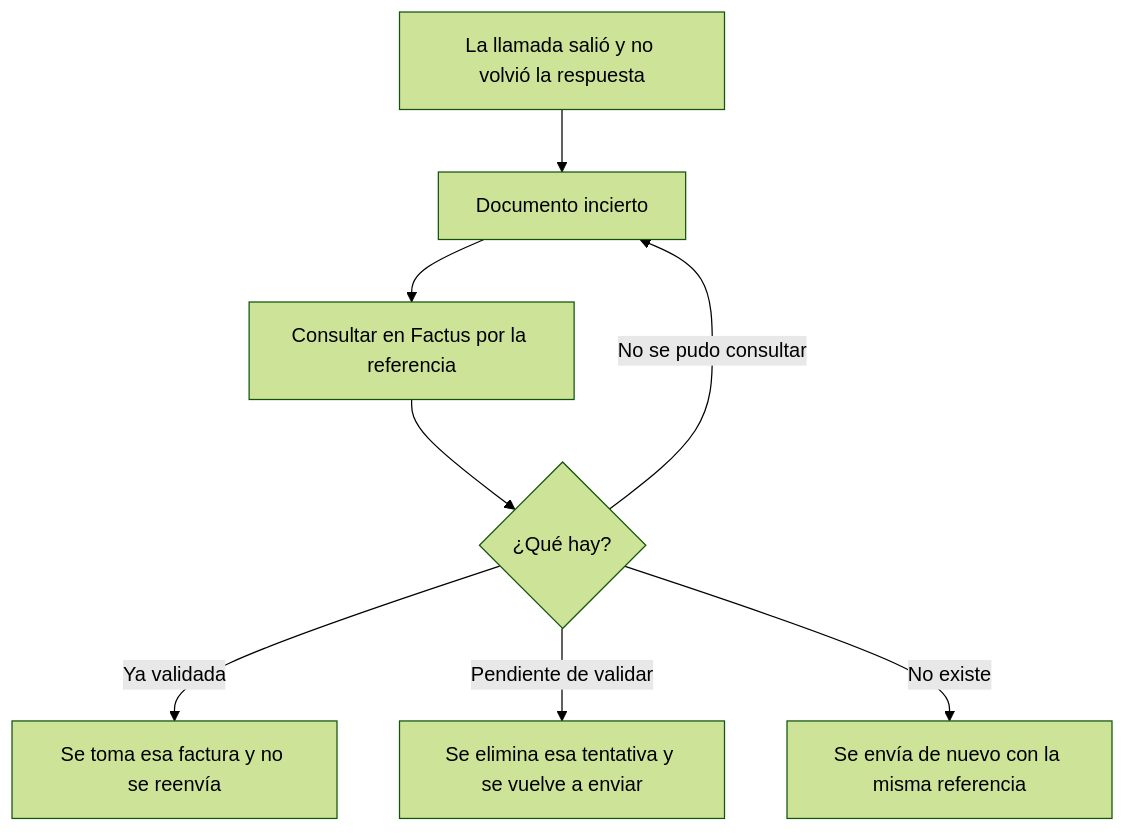
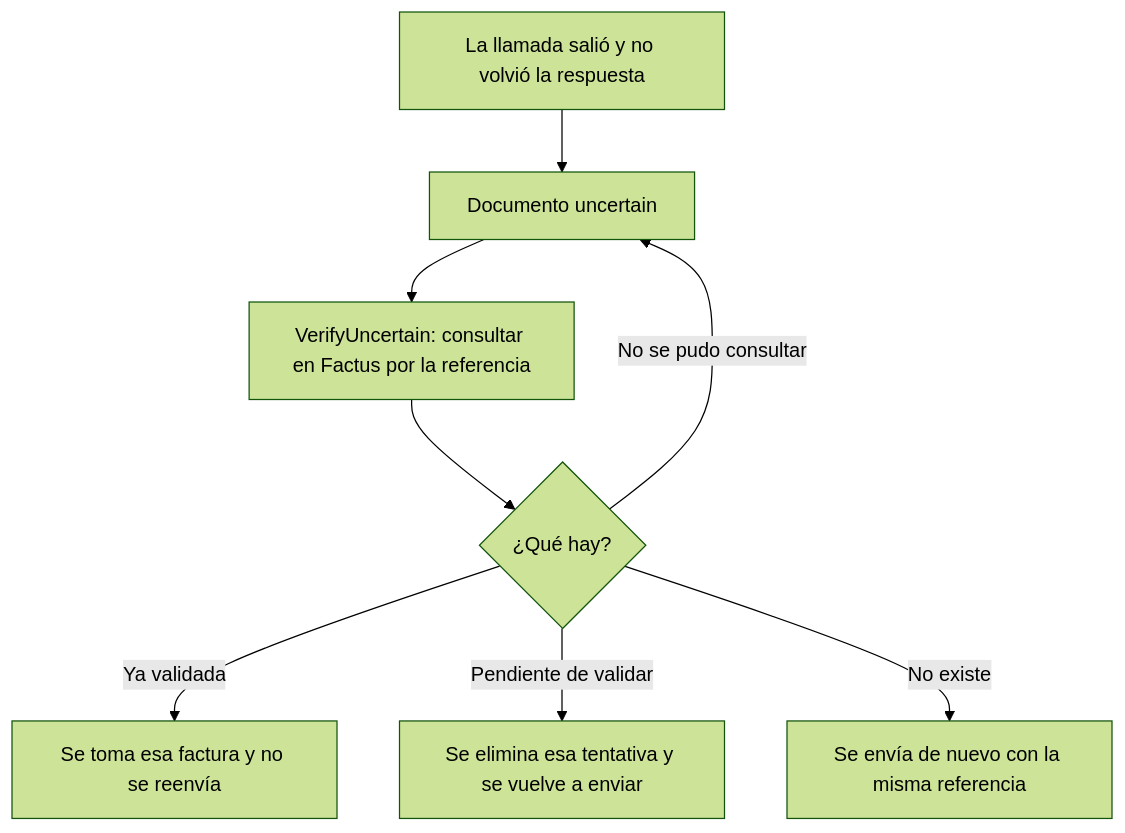
Before and after one commit to CesarJOtizM/blackHole: the second of 5 diagrams in docs/flujos/m3-facturacion.md, drawn with Mermaid (forest theme). The commit also changed other lines of this file and 159 other files, not shown here.

````diff
--- a/docs/flujos/m3-facturacion.md
+++ b/docs/flujos/m3-facturacion.md
@@ -50,10 +49,10 @@
 ```mermaid
 flowchart TD
-  A["La llamada salió y no volvió la respuesta"] --> B["Documento incierto"]
-  B --> C["Consultar en Factus por la referencia"]
+  A["La llamada salió y no volvió la respuesta"] --> B["Documento uncertain"]
+  B --> C["VerifyUncertain: consultar en Factus por la referencia"]
   C --> D{"¿Qué hay?"}
   D -->|Ya validada| E["Se toma esa factura y no se reenvía"]
   D -->|"Pendiente de validar"| F["Se elimina esa tentativa y se vuelve a enviar"]
   D -->|No existe| G["Se envía de nuevo con la misma referencia"]
   D -->|"No se pudo consultar"| B
 ```
````
